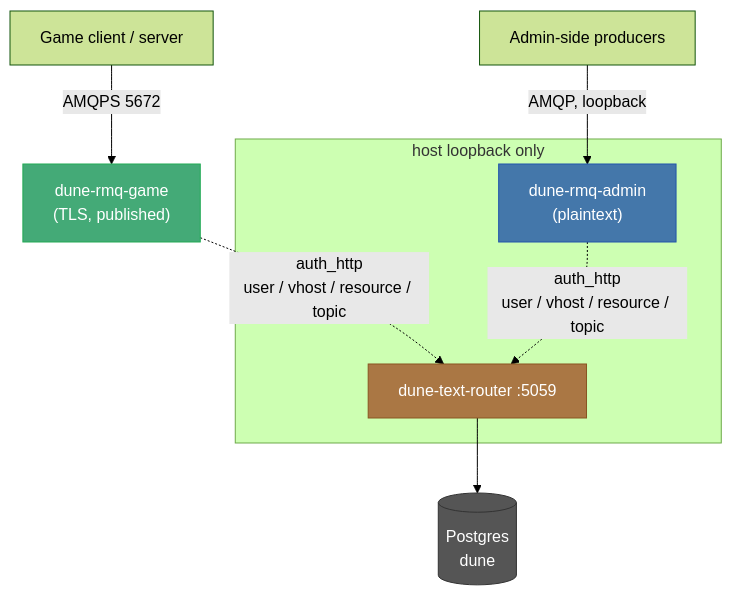
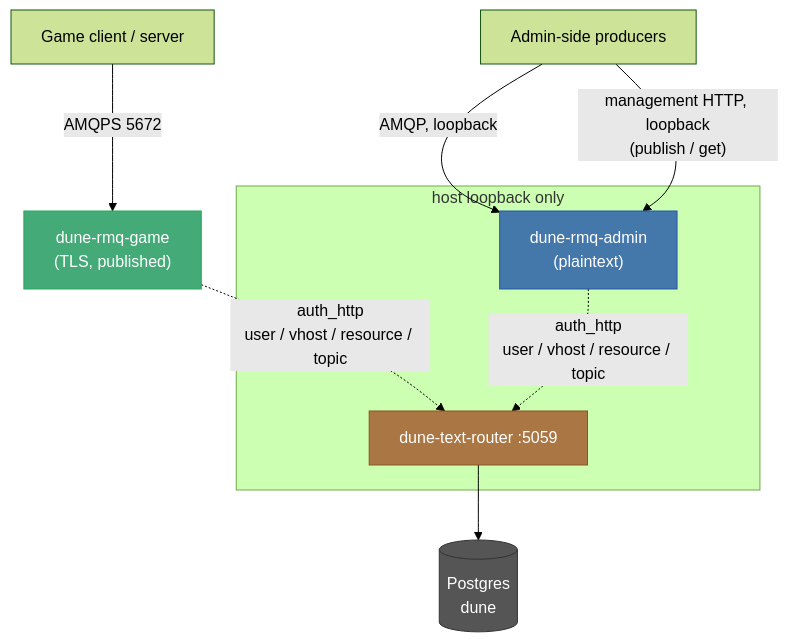
One commit to Project-Arrakis/dune-awakening-selfhost-docker changed the diagram in docs/architecture/SERVICES.md. Above: the diagram before and after it, drawn with Mermaid (forest theme). The commit also changed other lines of this file and 12 other files, not shown here.

````diff
--- a/docs/architecture/SERVICES.md
+++ b/docs/architecture/SERVICES.md
@@ -112,19 +133,20 @@
 ```mermaid
 flowchart TD
     client["Game client / server"] -->|"AMQPS 5672"| rmqg["dune-rmq-game<br/>(TLS, published)"]
     admin["Admin-side producers"] -->|"AMQP, loopback"| rmqa["dune-rmq-admin<br/>(plaintext)"]
+    admin -->|"management HTTP, loopback<br/>(publish / get)"| rmqa
 
     rmqg -.->|"auth_http<br/>user / vhost / resource / topic"| tr["dune-text-router :5059"]
     rmqa -.->|"auth_http<br/>user / vhost / resource / topic"| tr
     tr --> db[("Postgres<br/>dune")]
 
     subgraph loopback ["host loopback only"]
         rmqa
         tr
     end
 
     style rmqg fill:#4a7,stroke:#2a5,color:#fff
     style rmqa fill:#47a,stroke:#25a,color:#fff
     style tr fill:#a74,stroke:#852,color:#fff
     style db fill:#555,stroke:#333,color:#fff
 ```
````
